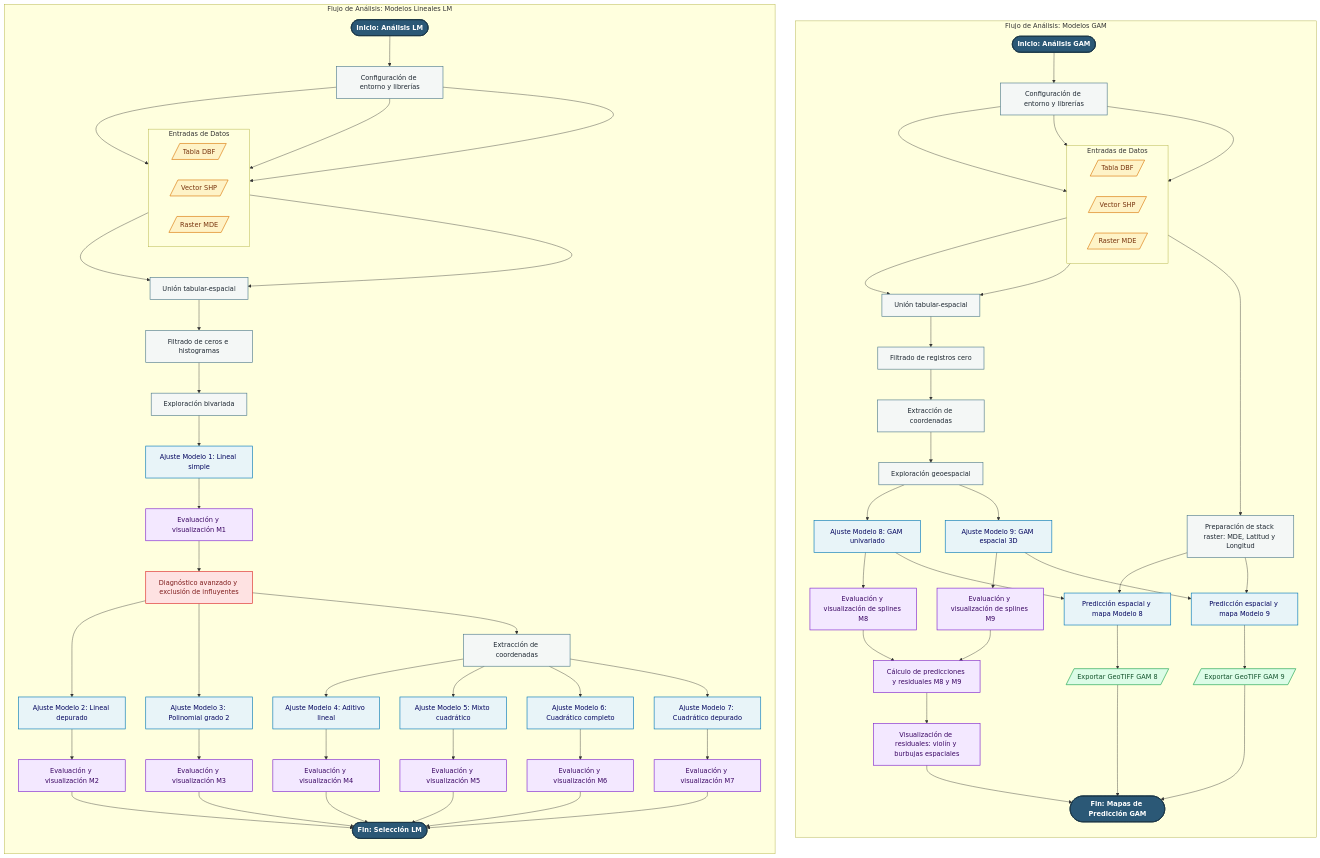
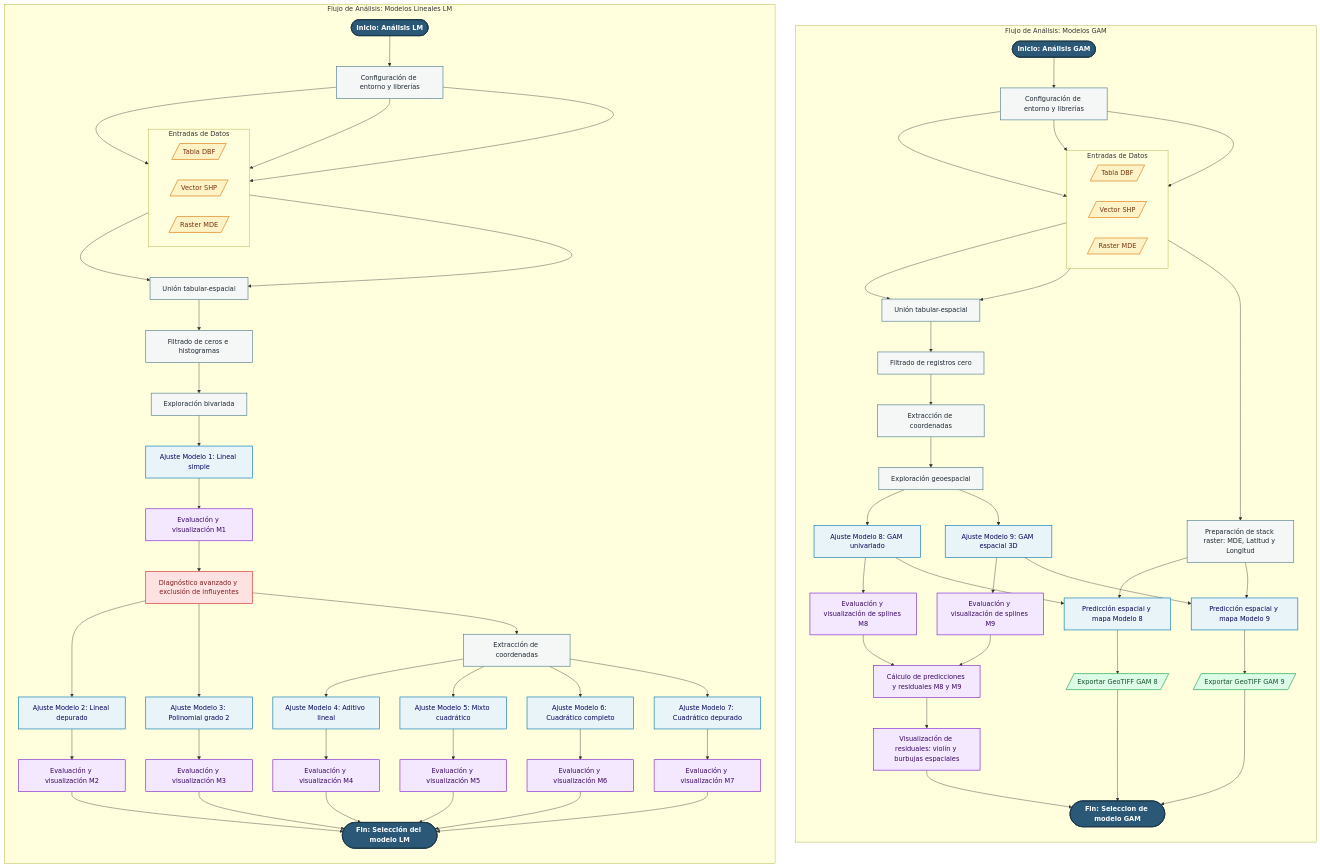
Before and after one commit to vshalisko/R-intro-UdeG: the diagram in Doctorado_GOT_2026B/Diagrama_de_flujo_comparativa_LM_GAM.mermaid, drawn with Mermaid.

```diff
--- a/Doctorado_GOT_2026B/Diagrama_de_flujo_comparativa_LM_GAM.mermaid
+++ b/Doctorado_GOT_2026B/Diagrama_de_flujo_comparativa_LM_GAM.mermaid
@@ -1,135 +1,135 @@
 flowchart TD
 %% Definición de estilos
 classDef titulo fill:#2b5876,stroke:#1a3648,stroke-width:2px,color:#ffffff,font-weight:bold
 classDef entrada fill:#fef3c7,stroke:#d97706,stroke-width:1.5px,color:#78350f
 classDef proceso fill:#f4f7f6,stroke:#4e7a8c,stroke-width:1.5px,color:#1f2933
 classDef filtro fill:#fee2e2,stroke:#dc2626,stroke-width:1.5px,color:#7f1d1d
 classDef modelo fill:#e8f4f8,stroke:#0077b6,stroke-width:1.5px,color:#03045e
 classDef eval fill:#f3e8ff,stroke:#7e22ce,stroke-width:1.5px,color:#3b0764
 classDef salida fill:#dcfce7,stroke:#16a34a,stroke-width:1.5px,color:#14532d
 
 %% =====================================================================
 %% FLUJO IZQUIERDO: MODELOS ADITIVOS GENERALIZADOS (GAM)
 %% =====================================================================
 subgraph Flujo_GAM [Flujo de Análisis: Modelos GAM]
     direction TB
     G_Ini([Inicio: Análisis GAM]):::titulo
 
     %% Nivel 1: Configuración y Entradas
     G_Conf[Configuración de entorno y librerías]:::proceso
     subgraph G_In [Entradas de Datos]
         direction LR
         G_Tab[/Tabla DBF/]:::entrada
         G_Vec[/Vector SHP/]:::entrada
         G_Ras[/Raster MDE/]:::entrada
     end
     G_Ini --> G_Conf
     G_Conf --> G_Tab & G_Vec & G_Ras
 
     %% Nivel 2: Preprocesamiento
     G_Merge[Unión tabular-espacial]:::proceso
     G_Filt[Filtrado de registros cero]:::proceso
     G_Coord[Extracción de coordenadas]:::proceso
     G_Expl[Exploración geoespacial]:::proceso
 
     G_Tab & G_Vec --> G_Merge --> G_Filt --> G_Coord --> G_Expl
 
     %% Nivel 3: Modelado Univariado y Multivariado
     G_M8_Fit[Ajuste Modelo 8: GAM univariado]:::modelo
     G_M8_Eval[Evaluación y visualización de splines M8]:::eval
 
     G_M9_Fit[Ajuste Modelo 9: GAM espacial 3D]:::modelo
     G_M9_Eval[Evaluación y visualización de splines M9]:::eval
 
     G_Expl --> G_M8_Fit --> G_M8_Eval
     G_Expl --> G_M9_Fit --> G_M9_Eval
 
     %% Nivel 4: Análisis Comparativo de Residuales
     G_Res_Calc[Cálculo de predicciones y residuales M8 y M9]:::eval
     G_Res_Vis[Visualización de residuales: violín y burbujas espaciales]:::eval
 
     G_M8_Eval & G_M9_Eval --> G_Res_Calc --> G_Res_Vis
 
     %% Nivel 5: Preparación Raster y Predicción Espacial
     G_Ras_Prep[Preparación de stack raster: MDE, Latitud y Longitud]:::proceso
     G_Ras --> G_Ras_Prep
 
     G_Pred8[Predicción espacial y mapa Modelo 8]:::modelo
     G_Out8[/Exportar GeoTIFF GAM 8/]:::salida
 
     G_Pred9[Predicción espacial y mapa Modelo 9]:::modelo
     G_Out9[/Exportar GeoTIFF GAM 9/]:::salida
 
     G_M8_Fit --> G_Pred8
     G_Ras_Prep --> G_Pred8 --> G_Out8
     G_M9_Fit --> G_Pred9
     G_Ras_Prep --> G_Pred9 --> G_Out9
 
-    G_Out8 & G_Out9 & G_Res_Vis --> G_Fin([Fin: Mapas de Predicción GAM]):::titulo
+    G_Out8 & G_Out9 & G_Res_Vis --> G_Fin([Fin: Seleccion de modelo GAM]):::titulo
 end
 
 %% =====================================================================
 %% FLUJO DERECHO: MODELOS LINEALES (LM)
 %% =====================================================================
 subgraph Flujo_LM [Flujo de Análisis: Modelos Lineales LM]
     direction TB
     L_Ini([Inicio: Análisis LM]):::titulo
 
     %% Nivel 1: Configuración y Entradas
     L_Conf[Configuración de entorno y librerías]:::proceso
     subgraph L_In [Entradas de Datos]
         direction LR
         L_Tab[/Tabla DBF/]:::entrada
         L_Vec[/Vector SHP/]:::entrada
         L_Ras[/Raster MDE/]:::entrada
     end
     L_Ini --> L_Conf
     L_Conf --> L_Tab & L_Vec & L_Ras
 
     %% Nivel 2: Preprocesamiento y Depuración
     L_Merge[Unión tabular-espacial]:::proceso
     L_Filt[Filtrado de ceros e histogramas]:::proceso
     L_Expl[Exploración bivariada]:::proceso
     
     L_Tab & L_Vec --> L_Merge --> L_Filt --> L_Expl
 
     %% Nivel 3: Modelo Inicial y Outliers
     L_M1_Fit[Ajuste Modelo 1: Lineal simple]:::modelo
     L_M1_Eval[Evaluación y visualización M1]:::eval
     L_Out[Diagnóstico avanzado y exclusión de influyentes]:::filtro
 
     L_Expl --> L_M1_Fit --> L_M1_Eval --> L_Out
 
     %% Nivel 4: Modelos Univariados Depurados
     L_M2_Fit[Ajuste Modelo 2: Lineal depurado]:::modelo
     L_M2_Eval[Evaluación y visualización M2]:::eval
     
     L_M3_Fit[Ajuste Modelo 3: Polinomial grado 2]:::modelo
     L_M3_Eval[Evaluación y visualización M3]:::eval
 
     L_Out --> L_M2_Fit --> L_M2_Eval
     L_Out --> L_M3_Fit --> L_M3_Eval
 
     %% Nivel 5: Modelos Multivariados
     L_Coord[Extracción de coordenadas]:::proceso
     L_Out --> L_Coord
 
     L_M4_Fit[Ajuste Modelo 4: Aditivo lineal]:::modelo
     L_M4_Eval[Evaluación y visualización M4]:::eval
 
     L_M5_Fit[Ajuste Modelo 5: Mixto cuadrático]:::modelo
     L_M5_Eval[Evaluación y visualización M5]:::eval
 
     L_M6_Fit[Ajuste Modelo 6: Cuadrático completo]:::modelo
     L_M6_Eval[Evaluación y visualización M6]:::eval
 
     L_M7_Fit[Ajuste Modelo 7: Cuadrático depurado]:::modelo
     L_M7_Eval[Evaluación y visualización M7]:::eval
 
     L_Coord --> L_M4_Fit --> L_M4_Eval
     L_Coord --> L_M5_Fit --> L_M5_Eval
     L_Coord --> L_M6_Fit --> L_M6_Eval
     L_Coord --> L_M7_Fit --> L_M7_Eval
 
-    L_M2_Eval & L_M3_Eval & L_M4_Eval & L_M5_Eval & L_M6_Eval & L_M7_Eval --> L_Fin([Fin: Selección LM]):::titulo
+    L_M2_Eval & L_M3_Eval & L_M4_Eval & L_M5_Eval & L_M6_Eval & L_M7_Eval --> L_Fin([Fin: Selección del modelo LM]):::titulo
 end
```
